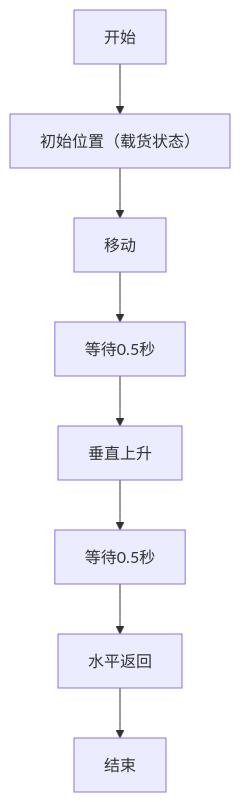
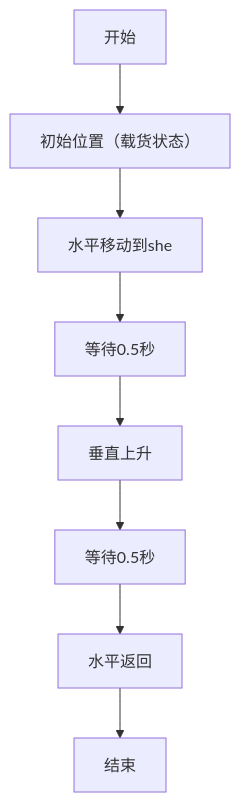
The diagram in all/未命名-1.md (Mrmilu212/iodraw-files), drawn with Mermaid before and after one commit.

Commit message:
2025-05-20 14:50:02 update

````diff
--- a/all/未命名-1.md
+++ b/all/未命名-1.md
@@ -1,10 +1,10 @@
 ```mermaid
 graph TD
     A[开始] --> B[初始位置（载货状态）]
-    B --> C[移动]
+    B --> C[水平移动到she]
     C --> D[等待0.5秒]
     D --> E[垂直上升]
     E --> F[等待0.5秒]
     F --> G[水平返回]
     G --> H[结束]
 ```
````
